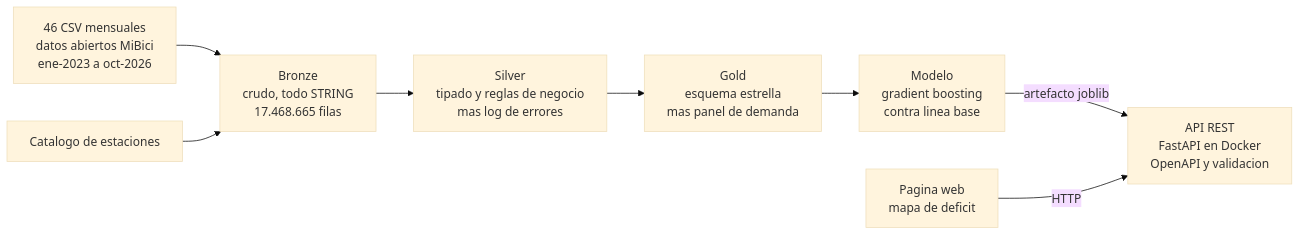
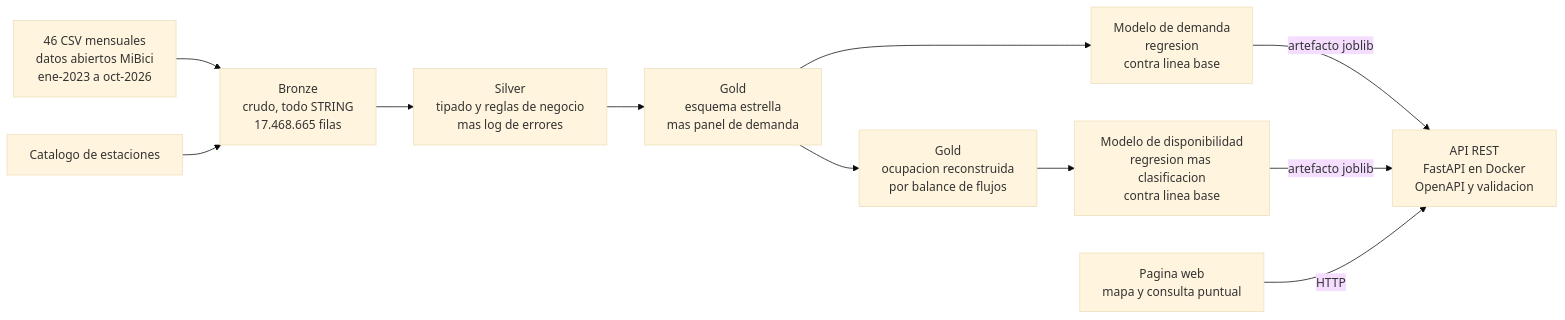
One commit to PIRATA131/Mibici changed the first of 2 diagrams in README.md. Above: the diagram before and after it, drawn with Mermaid (base theme). The commit also changed other lines of this file, not shown here.

First line of the commit message:
Documenta el modelo de disponibilidad y el endpoint en vivo

````diff
--- a/README.md
+++ b/README.md
@@ -50,18 +86,23 @@
 ```mermaid
 flowchart LR
   A["46 CSV mensuales<br/>datos abiertos MiBici<br/>ene-2023 a oct-2026"]
   B["Catalogo de estaciones"]
   BR["Bronze<br/>crudo, todo STRING<br/>17.468.665 filas"]
   SI["Silver<br/>tipado y reglas de negocio<br/>mas log de errores"]
   GO["Gold<br/>esquema estrella<br/>mas panel de demanda"]
-  ML["Modelo<br/>gradient boosting<br/>contra linea base"]
+  OC["Gold<br/>ocupacion reconstruida<br/>por balance de flujos"]
+  ML["Modelo de demanda<br/>regresion<br/>contra linea base"]
+  MD["Modelo de disponibilidad<br/>regresion mas clasificacion<br/>contra linea base"]
   API["API REST<br/>FastAPI en Docker<br/>OpenAPI y validacion"]
-  WEB["Pagina web<br/>mapa de deficit"]
+  WEB["Pagina web<br/>mapa y consulta puntual"]
   A --> BR
   B --> BR
   BR --> SI
   SI --> GO
   GO --> ML
+  GO --> OC
+  OC --> MD
   ML -->|"artefacto joblib"| API
+  MD -->|"artefacto joblib"| API
   WEB -->|"HTTP"| API
 ```
````
